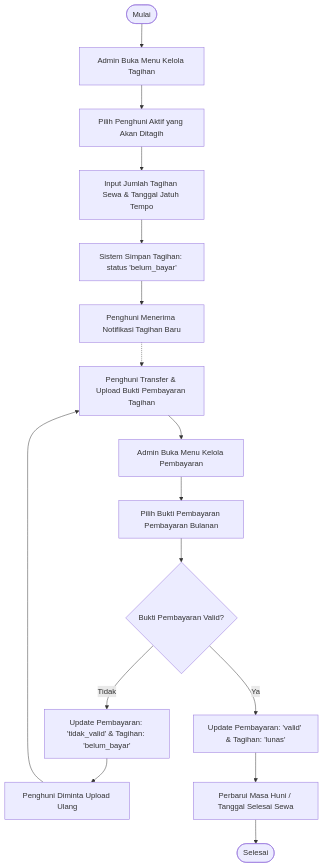
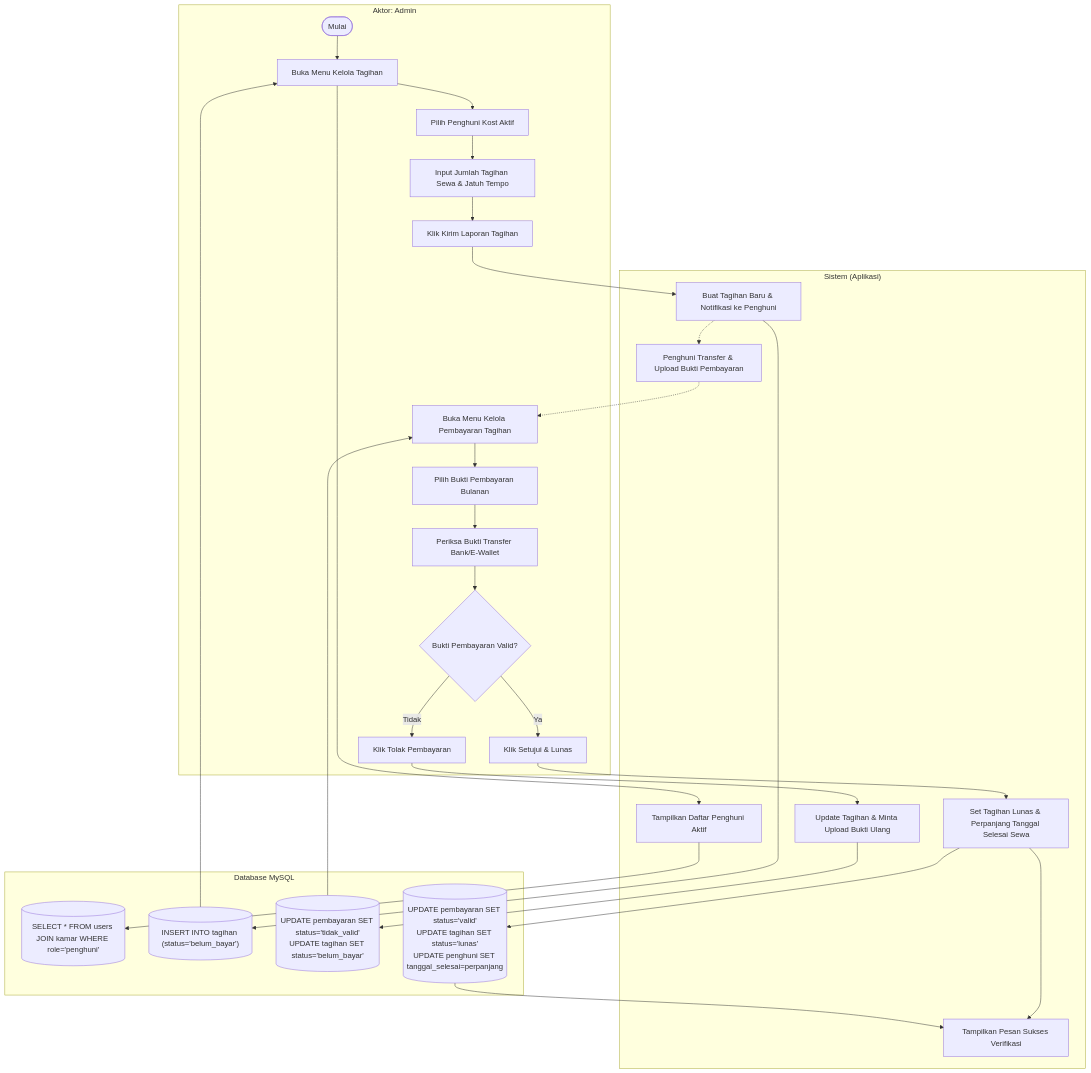
The fourth of 10 diagrams in activity_diagrams.md (Raflysaputra20/EL-MISARAH), drawn with Mermaid before and after one commit. The commit also changed other lines of this file and 2 other files, not shown here.

````diff
--- a/activity_diagrams.md
+++ b/activity_diagrams.md
@@ -121,23 +178,40 @@
 ```mermaid
-flowchart TD
-    Start([Mulai]) --> BukaTagihan[Admin Buka Menu Kelola Tagihan]
-    BukaTagihan --> PilihPenghuni[Pilih Penghuni Aktif yang Akan Ditagih]
-    PilihPenghuni --> InputForm[Input Jumlah Tagihan Sewa & Tanggal Jatuh Tempo]
-    InputForm --> SimpanTagihan[Sistem Simpan Tagihan: status 'belum_bayar']
-    SimpanTagihan --> KirimNotif[Penghuni Menerima Notifikasi Tagihan Baru]
+flowchart TB
+    subgraph Aktor ["Aktor: Admin"]
+        Start1_4([Mulai]) --> BukaTagihan1_4[Buka Menu Kelola Tagihan]
+        BukaTagihan1_4 --> PilihPenghuni1_4[Pilih Penghuni Kost Aktif]
+        PilihPenghuni1_4 --> InputTagihan1_4[Input Jumlah Tagihan Sewa & Jatuh Tempo]
+        InputTagihan1_4 --> KlikBuat1_4[Klik Kirim Laporan Tagihan]
+        
+        %% Verifikasi
+        BukaVerifikasi1_4[Buka Menu Kelola Pembayaran Tagihan] --> PilihBayar1_4[Pilih Bukti Pembayaran Bulanan]
+        PilihBayar1_4 --> CekBukti1_4[Periksa Bukti Transfer Bank/E-Wallet]
+        CekBukti1_4 --> Validitas1_4{Bukti Pembayaran Valid?}
+        Validitas1_4 -- Tidak --> KlikTolak1_4[Klik Tolak Pembayaran]
+        Validitas1_4 -- Ya --> KlikTerima1_4[Klik Setujui & Lunas]
+    end
     
-    %% Proses Pembayaran oleh Penghuni
-    KirimNotif -.-> PenghuniBayar[Penghuni Transfer & Upload Bukti Pembayaran Tagihan]
+    subgraph Sistem ["Sistem (Aplikasi)"]
+        BukaTagihan1_4 --> TampilkanPenghuni1_4[Tampilkan Daftar Penghuni Aktif]
+        KlikBuat1_4 --> ProsesBuat1_4[Buat Tagihan Baru & Notifikasi ke Penghuni]
+        
+        ProsesBuat1_4 -.-> PenghuniBayar1_4[Penghuni Transfer & Upload Bukti Pembayaran]
+        PenghuniBayar1_4 -.-> BukaVerifikasi1_4
+        
+        KlikTolak1_4 --> ProsesTolak1_4[Update Tagihan & Minta Upload Bukti Ulang]
+        KlikTerima1_4 --> ProsesTerima1_4[Set Tagihan Lunas & Perpanjang Tanggal Selesai Sewa]
+        ProsesTerima1_4 --> TampilkanSukses1_4[Tampilkan Pesan Sukses Verifikasi]
+    end
     
-    %% Verifikasi Pembayaran oleh Admin
-    PenghuniBayar --> BukaVerifikasi[Admin Buka Menu Kelola Pembayaran]
-    BukaVerifikasi --> PilihPembayaran[Pilih Bukti Pembayaran Pembayaran Bulanan]
-    PilihPembayaran --> CekValiditas{Bukti Pembayaran Valid?}
-    
-    CekValiditas -- Tidak --> SetTidakValid[Update Pembayaran: 'tidak_valid' & Tagihan: 'belum_bayar']
-    SetTidakValid --> MintaReUpload[Penghuni Diminta Upload Ulang] --> PenghuniBayar
-    
-    CekValiditas -- Ya --> SetLunas[Update Pembayaran: 'valid' & Tagihan: 'lunas']
-    SetLunas --> PerpanjangHuni[Perbarui Masa Huni / Tanggal Selesai Sewa]
-    PerpanjangHuni --> End([Selesai])
+    subgraph Database ["Database MySQL"]
+        TampilkanPenghuni1_4 --> QueryPenghuni1_4[("SELECT * FROM users JOIN kamar WHERE role='penghuni'")]
+        ProsesBuat1_4 --> DBInsertTagihan1_4[("INSERT INTO tagihan (status='belum_bayar')")]
+        
+        ProsesTolak1_4 --> DBUpdateTolak1_4[("UPDATE pembayaran SET status='tidak_valid'<br/>UPDATE tagihan SET status='belum_bayar'")]
+        ProsesTerima1_4 --> DBUpdateLunas1_4[("UPDATE pembayaran SET status='valid'<br/>UPDATE tagihan SET status='lunas'<br/>UPDATE penghuni SET tanggal_selesai=perpanjang")]
+        
+        DBInsertTagihan1_4 --> BukaTagihan1_4
+        DBUpdateTolak1_4 --> BukaVerifikasi1_4
+        DBUpdateLunas1_4 --> TampilkanSukses1_4
+    end
 ```
````
